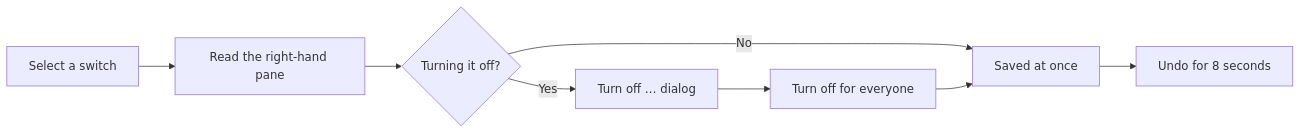
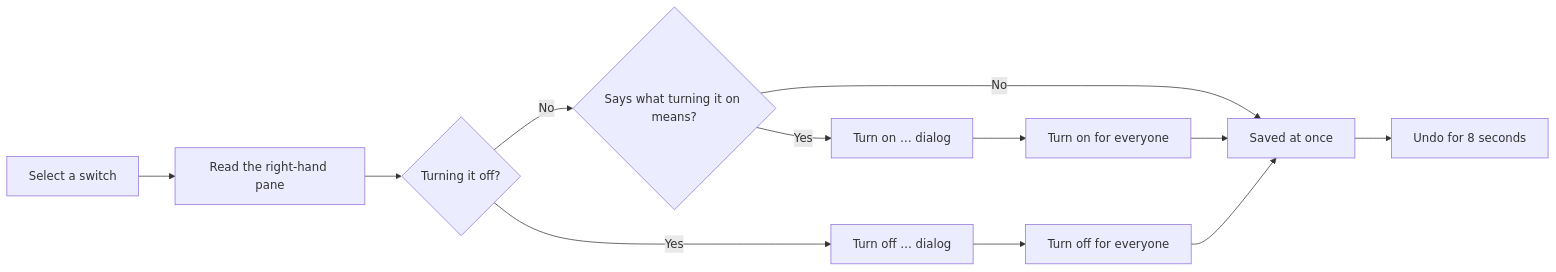
The diagram in docs/guide/FEATURE_SWITCHES.md (rkrumins/dataviz), drawn with Mermaid before and after one commit. The commit also changed other lines of this file and 9 other files, not shown here.

````diff
--- a/docs/guide/FEATURE_SWITCHES.md
+++ b/docs/guide/FEATURE_SWITCHES.md
@@ -14,10 +14,14 @@
 ```mermaid
 flowchart LR
   A["Select a switch"] --> B["Read the right-hand pane"]
   B --> C{"Turning it off?"}
-  C -->|"No"| D["Saved at once"]
+  C -->|"No"| H{"Says what turning it on means?"}
+  H -->|"No"| D["Saved at once"]
+  H -->|"Yes"| I["Turn on … dialog"]
+  I --> J["Turn on for everyone"]
+  J --> D
   C -->|"Yes"| E["Turn off … dialog"]
   E --> F["Turn off for everyone"]
   F --> D
   D --> G["Undo for 8 seconds"]
 ```
````
